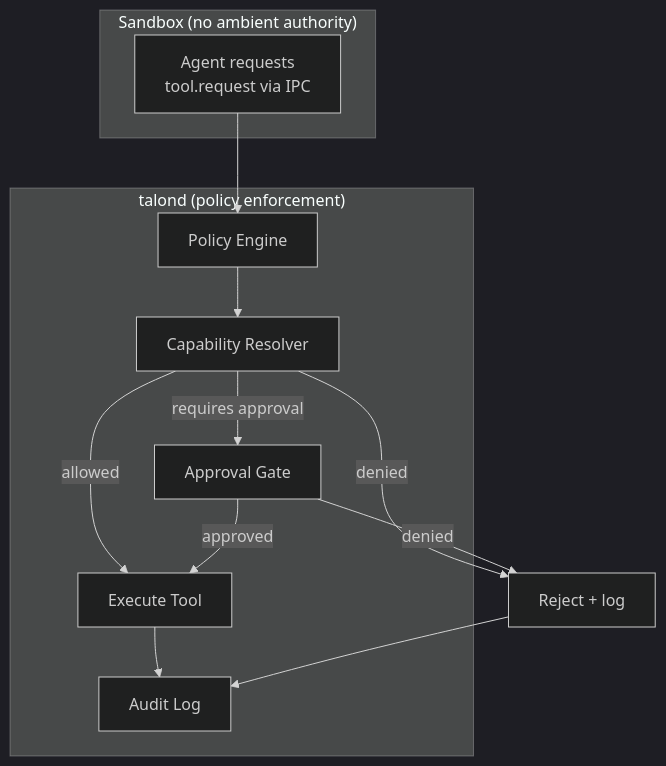
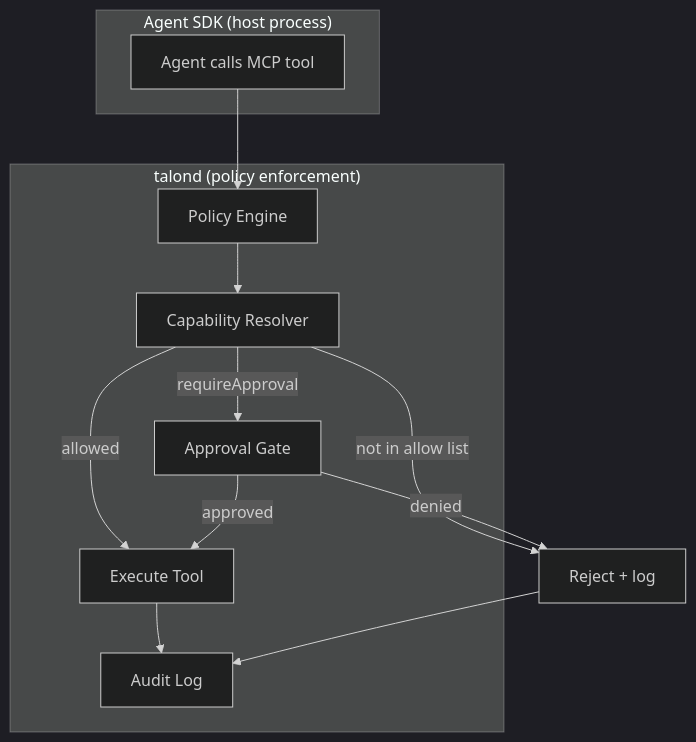
One commit to Haasie/talon changed the fourth of 5 diagrams in README.md. Above: the diagram before and after it, drawn with Mermaid (dark theme). The commit also changed other lines of this file, not shown here.

First line of the commit message:
docs: rewrite README to reflect current Agent SDK architecture

````diff
--- a/README.md
+++ b/README.md
@@ -765,24 +713,24 @@
 ```mermaid
 flowchart TB
-    subgraph "Sandbox (no ambient authority)"
-        Agent["Agent requests<br/>tool.request via IPC"]
+    subgraph "Agent SDK (host process)"
+        Agent["Agent calls MCP tool"]
     end
 
     subgraph "talond (policy enforcement)"
         PR[Policy Engine]
         CR[Capability Resolver]
         AG[Approval Gate]
         EX[Execute Tool]
         AU[Audit Log]
     end
 
     Agent --> PR
     PR --> CR
-    CR -->|denied| R[Reject + log]
+    CR -->|not in allow list| R[Reject + log]
     CR -->|allowed| EX
-    CR -->|requires approval| AG
+    CR -->|requireApproval| AG
     AG -->|approved| EX
     AG -->|denied| R
     EX --> AU
     R --> AU
 ```
````
